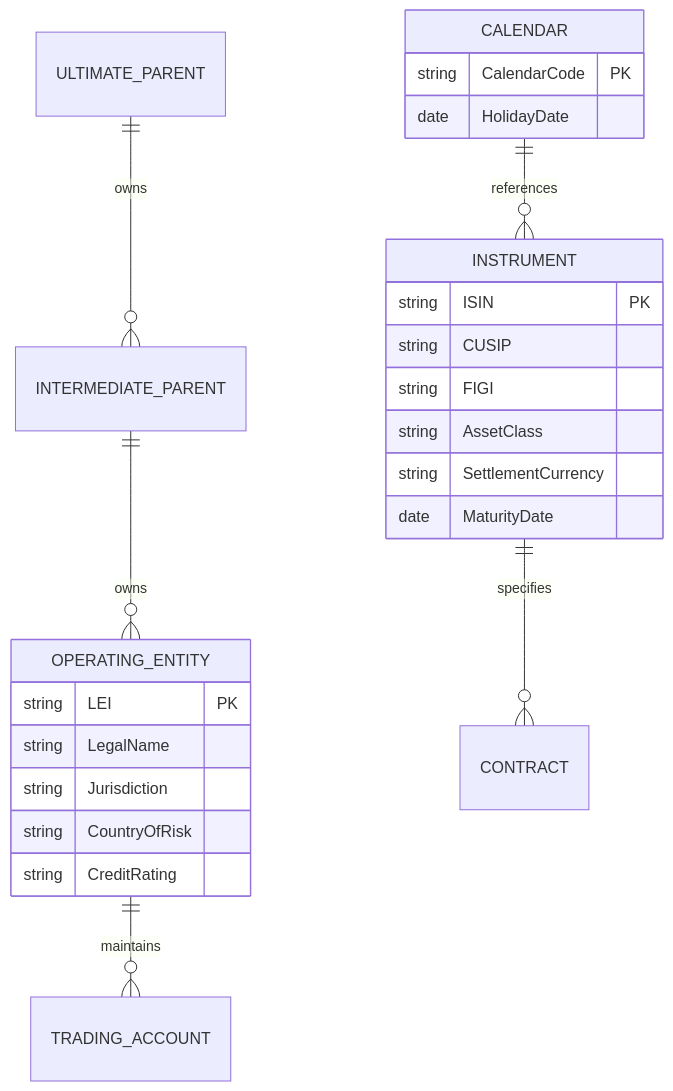
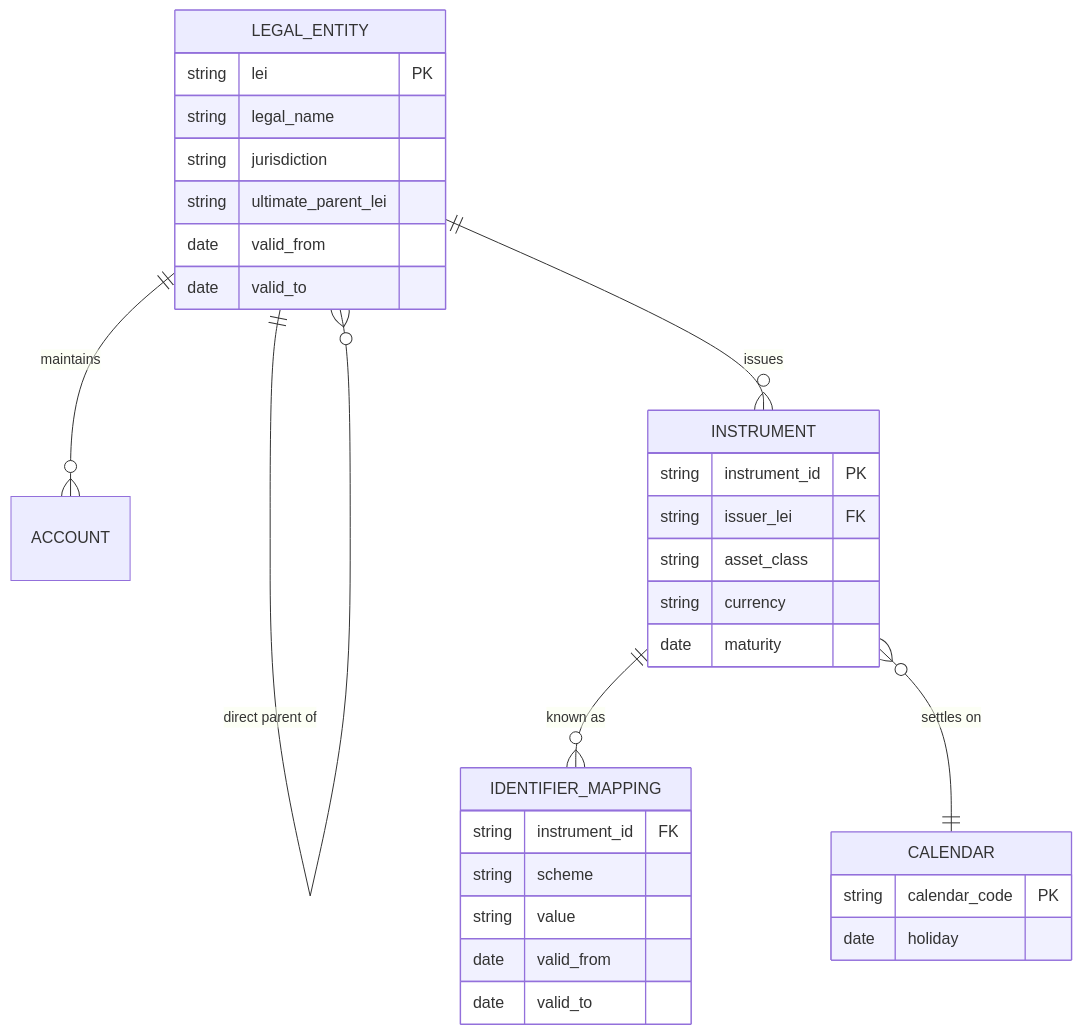
The third of 3 diagrams in 18-Pricing-and-Risk-Systems/03-Market-and-Reference-Data-Platform.md (shreejitverma/The-Quant-Prep), drawn with Mermaid before and after one commit. The commit also changed other lines of this file and 12 other files, not shown here.

````diff
--- a/18-Pricing-and-Risk-Systems/03-Market-and-Reference-Data-Platform.md
+++ b/18-Pricing-and-Risk-Systems/03-Market-and-Reference-Data-Platform.md
@@ -121,27 +166,34 @@
 ```mermaid
 erDiagram
-    ULTIMATE_PARENT ||--o{ INTERMEDIATE_PARENT : owns
-    INTERMEDIATE_PARENT ||--o{ OPERATING_ENTITY : owns
-    OPERATING_ENTITY ||--o{ TRADING_ACCOUNT : maintains
-    OPERATING_ENTITY {
-        string LEI PK
-        string LegalName
-        string Jurisdiction
-        string CountryOfRisk
-        string CreditRating
+    LEGAL_ENTITY ||--o{ LEGAL_ENTITY : "direct parent of"
+    LEGAL_ENTITY ||--o{ ACCOUNT : maintains
+    LEGAL_ENTITY ||--o{ INSTRUMENT : issues
+    INSTRUMENT ||--o{ IDENTIFIER_MAPPING : "known as"
+    INSTRUMENT }o--|| CALENDAR : "settles on"
+    LEGAL_ENTITY {
+        string lei PK
+        string legal_name
+        string jurisdiction
+        string ultimate_parent_lei
+        date valid_from
+        date valid_to
     }
-    INSTRUMENT ||--o{ CONTRACT : specifies
     INSTRUMENT {
-        string ISIN PK
-        string CUSIP
-        string FIGI
-        string AssetClass
-        string SettlementCurrency
-        date MaturityDate
+        string instrument_id PK
+        string issuer_lei FK
+        string asset_class
+        string currency
+        date maturity
     }
-    CALENDAR ||--o{ INSTRUMENT : references
+    IDENTIFIER_MAPPING {
+        string instrument_id FK
+        string scheme
+        string value
+        date valid_from
+        date valid_to
+    }
     CALENDAR {
-        string CalendarCode PK
-        date HolidayDate
+        string calendar_code PK
+        date holiday
     }
 ```
````
